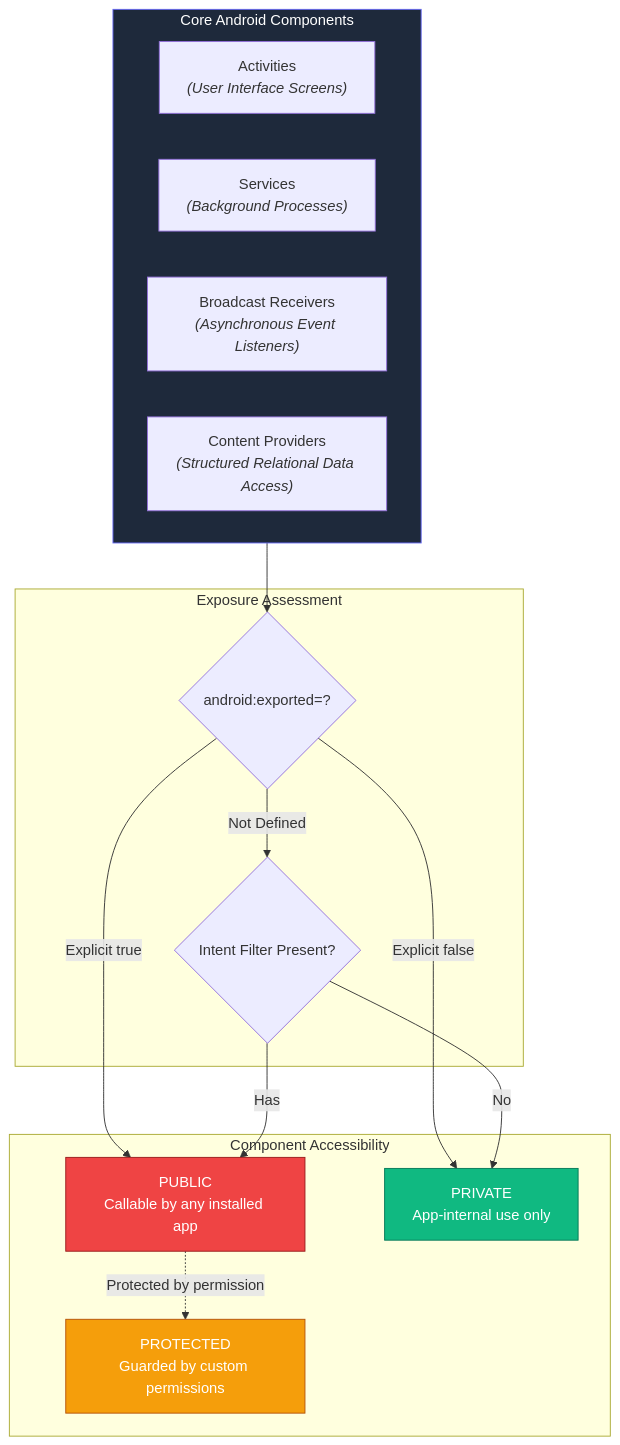
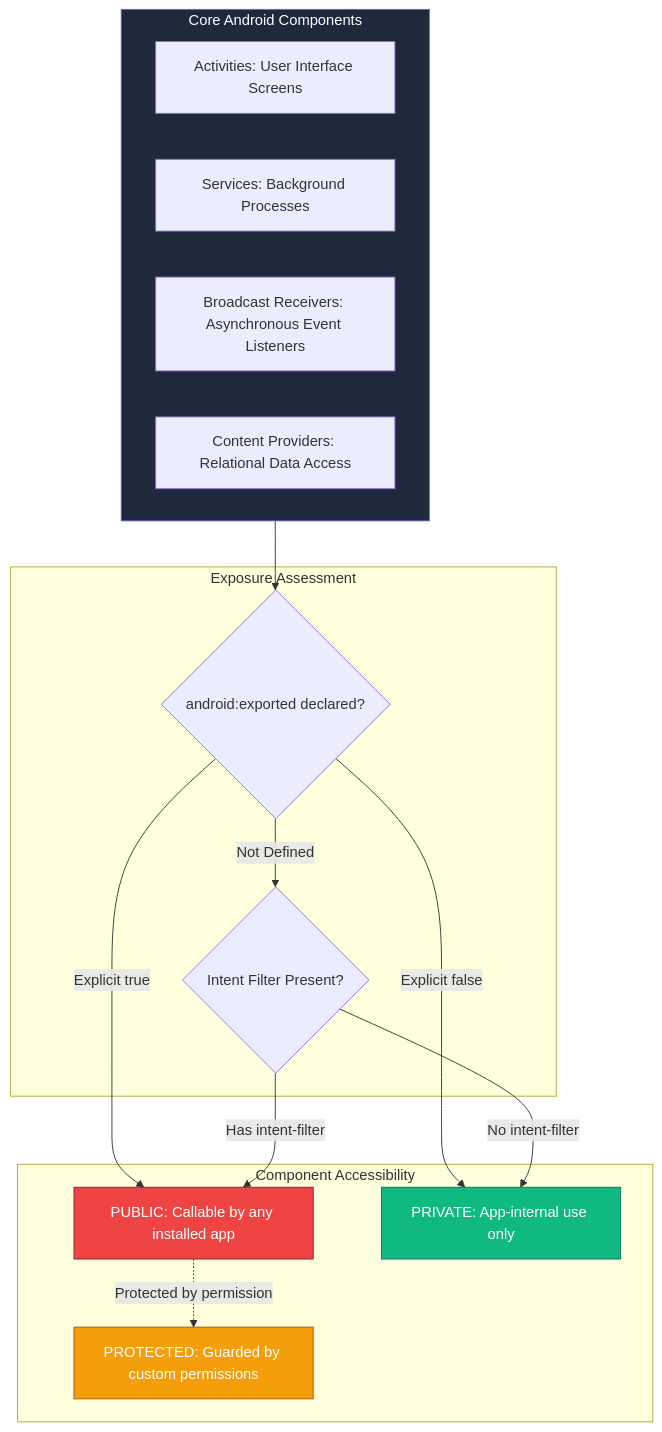
The seventh of 15 diagrams in Android_pentest/Introduction, APK Analysis, JADX & MobSF/Android_pentest_part-1.MD (sivaoffl04/Cyber-Blog), drawn with Mermaid before and after one commit. The commit also changed other lines of this file, not shown here.

Commit message:
Fix Mermaid diagram compatibility for GitHub rendering

````diff
--- a/Android_pentest/Introduction, APK Analysis, JADX & MobSF/Android_pentest_part-1.MD
+++ b/Android_pentest/Introduction, APK Analysis, JADX & MobSF/Android_pentest_part-1.MD
@@ -399,33 +419,33 @@
 ```mermaid
 flowchart TD
     subgraph Components["Core Android Components"]
-        ACT["Activities<br/><i>(User Interface Screens)</i>"]
-        SRV["Services<br/><i>(Background Processes)</i>"]
-        BRD["Broadcast Receivers<br/><i>(Asynchronous Event Listeners)</i>"]
-        CP["Content Providers<br/><i>(Structured Relational Data Access)</i>"]
+        ACT["Activities: User Interface Screens"]
+        SRV["Services: Background Processes"]
+        BRD["Broadcast Receivers: Asynchronous Event Listeners"]
+        CP["Content Providers: Relational Data Access"]
     end
 
     subgraph Evaluation["Exposure Assessment"]
-        EXP{"android:exported=?"}
+        EXP{"android:exported declared?"}
         INT{"Intent Filter Present?"}
     end
 
     subgraph Outcome["Component Accessibility"]
-        Accessible["PUBLIC<br/>Callable by any installed app"]
-        Protected["PROTECTED<br/>Guarded by custom permissions"]
-        Internal["PRIVATE<br/>App-internal use only"]
+        Accessible["PUBLIC: Callable by any installed app"]
+        Protected["PROTECTED: Guarded by custom permissions"]
+        Internal["PRIVATE: App-internal use only"]
     end
 
     Components --> EXP
     EXP -- "Explicit true" --> Accessible
     EXP -- "Explicit false" --> Internal
     EXP -- "Not Defined" --> INT
-    INT -- "Has <intent-filter>" --> Accessible
-    INT -- "No <intent-filter>" --> Internal
+    INT -- "Has intent-filter" --> Accessible
+    INT -- "No intent-filter" --> Internal
     Accessible -. "Protected by permission" .-> Protected
 
     style Components fill:#1e293b,stroke:#6366f1,color:#fff
     style Accessible fill:#ef4444,stroke:#991b1b,color:#fff
     style Protected fill:#f59e0b,stroke:#b45309,color:#fff
     style Internal fill:#10b981,stroke:#047857,color:#fff
 ```
````
